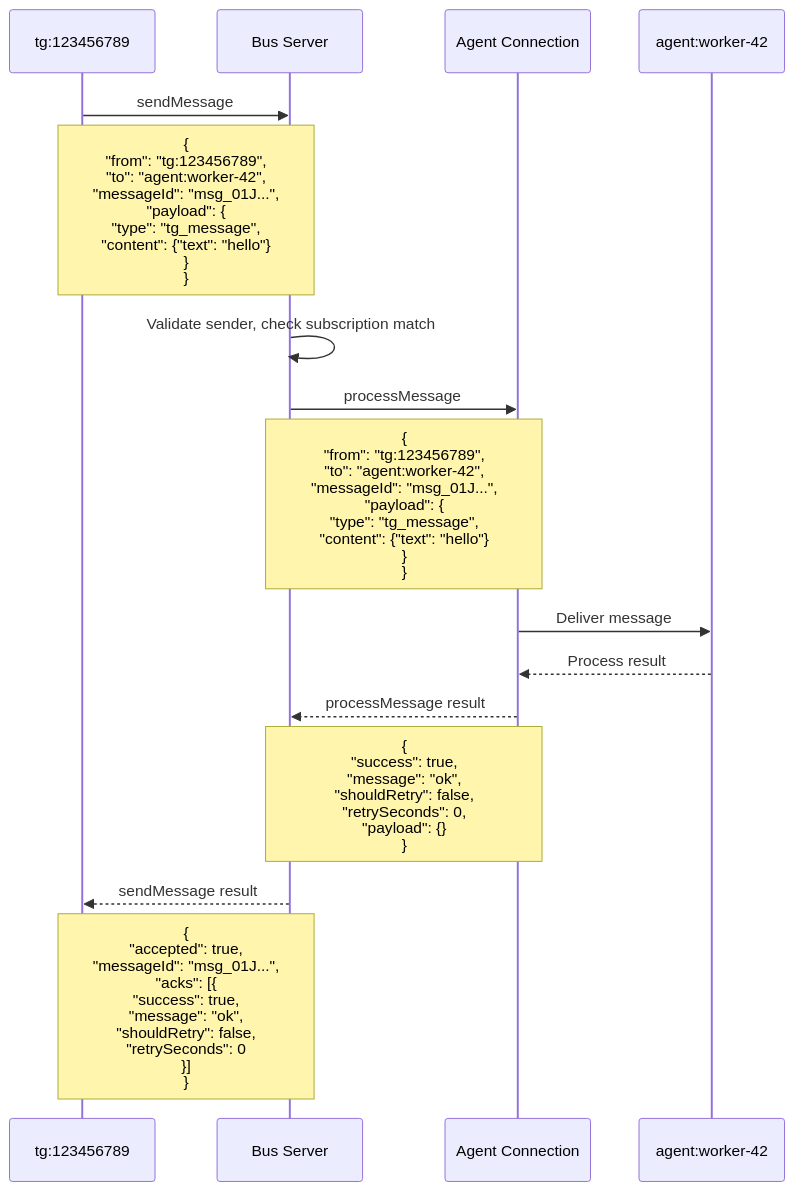
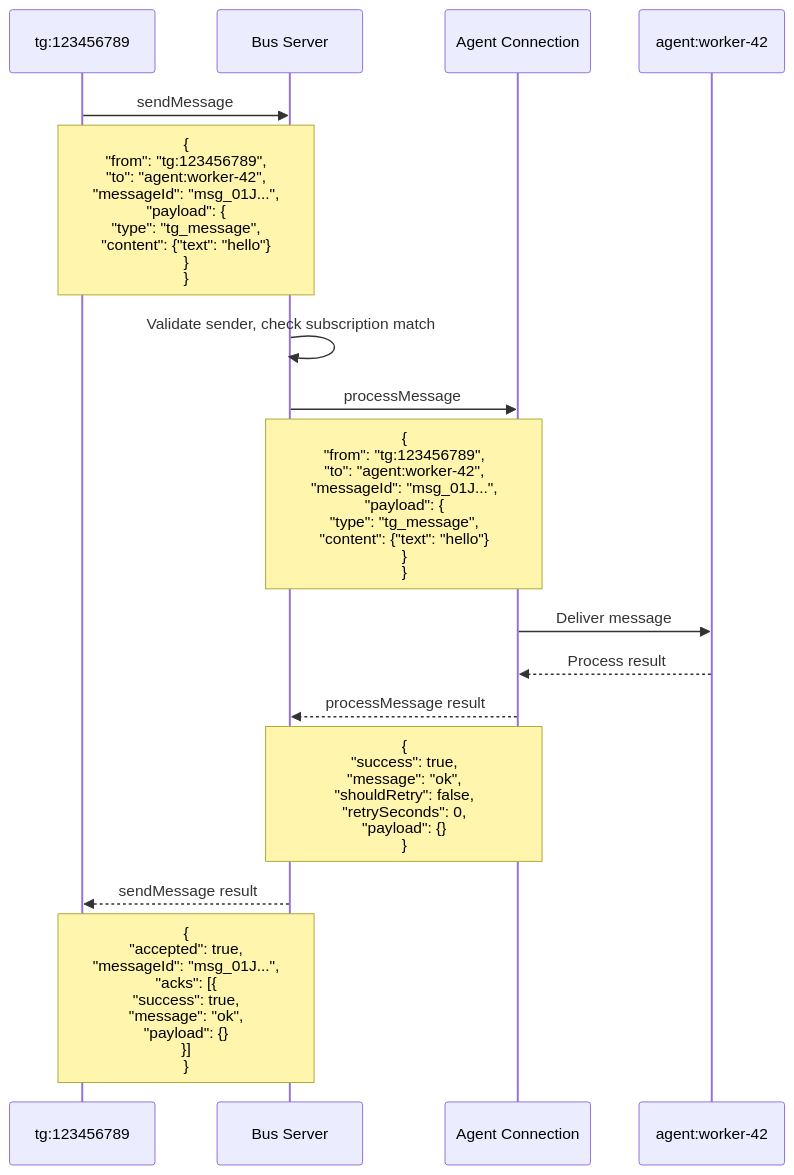
One commit to emliunix/bub changed the diagram in docs/agent-protocol.md. Above: the diagram before and after it, drawn with Mermaid. The commit also changed other lines of this file and 6 other files, not shown here.

First line of the commit message:
fix(bus): resolve protocol type mismatches and add MessageAck

````diff
--- a/docs/agent-protocol.md
+++ b/docs/agent-protocol.md
@@ -368,23 +368,23 @@
 ```mermaid
 sequenceDiagram
     participant Sender as tg:123456789
     participant Bus as Bus Server
     participant Handler as Agent Connection
     participant Agent as agent:worker-42
 
     Sender->>Bus: sendMessage
     Note over Sender,Bus: {<br/>  "from": "tg:123456789",<br/>  "to": "agent:worker-42",<br/>  "messageId": "msg_01J...",<br/>  "payload": {<br/>    "type": "tg_message",<br/>    "content": {"text": "hello"}<br/>  }<br/>}
 
     Bus->>Bus: Validate sender, check subscription match
     Bus->>Handler: processMessage
     Note over Bus,Handler: {<br/>  "from": "tg:123456789",<br/>  "to": "agent:worker-42",<br/>  "messageId": "msg_01J...",<br/>  "payload": {<br/>    "type": "tg_message",<br/>    "content": {"text": "hello"}<br/>  }<br/>}
 
     Handler->>Agent: Deliver message
     Agent-->>Handler: Process result
 
     Handler-->>Bus: processMessage result
     Note over Handler,Bus: {<br/>  "success": true,<br/>  "message": "ok",<br/>  "shouldRetry": false,<br/>  "retrySeconds": 0,<br/>  "payload": {}<br/>}
 
     Bus-->>Sender: sendMessage result
-    Note over Bus,Sender: {<br/>  "accepted": true,<br/>  "messageId": "msg_01J...",<br/>  "acks": [{<br/>    "success": true,<br/>    "message": "ok",<br/>    "shouldRetry": false,<br/>    "retrySeconds": 0<br/>  }]<br/>}
+    Note over Bus,Sender: {<br/>  "accepted": true,<br/>  "messageId": "msg_01J...",<br/>  "acks": [{<br/>    "success": true,<br/>    "message": "ok",<br/>    "payload": {}<br/>  }]<br/>}
 ```
````
